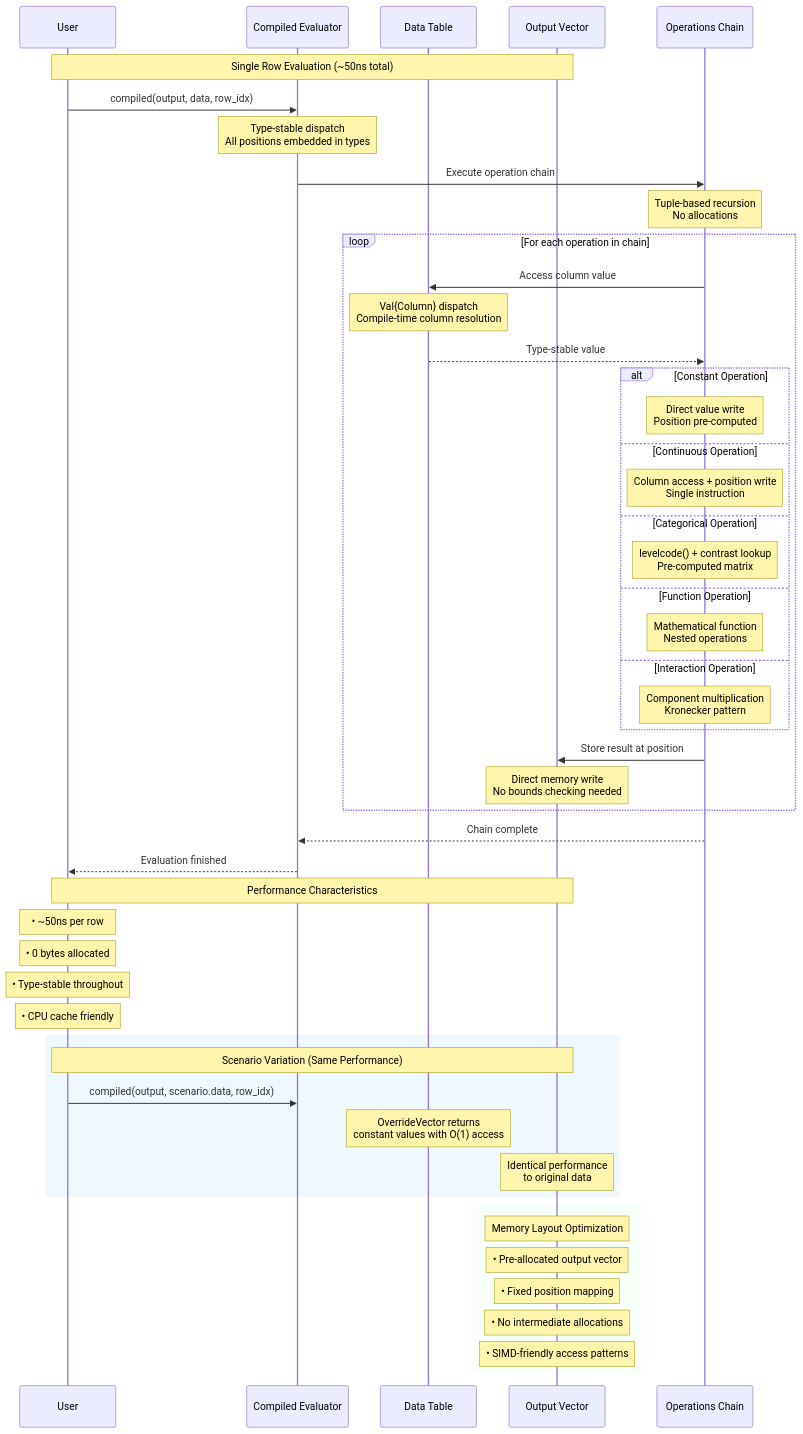
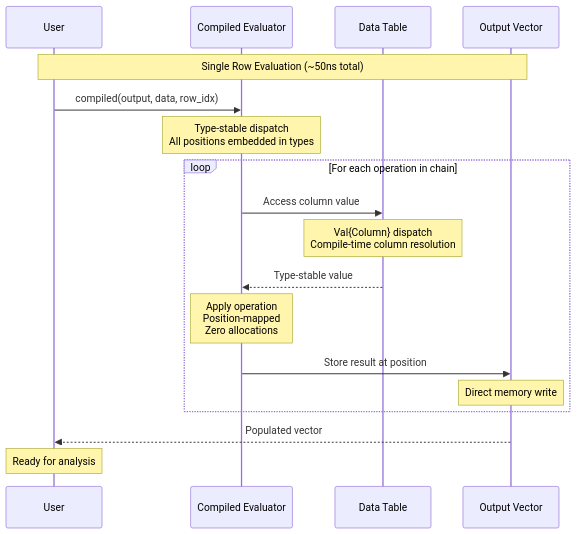
One commit to emfeltham/FormulaCompiler.jl changed the diagram in docs/diagrams/runtime_execution.mmd. Above: the diagram before and after it, drawn with Mermaid. The commit also changed 5 other files, not shown here.

Commit message:
diagrams

````diff
--- a/docs/diagrams/runtime_execution.mmd
+++ b/docs/diagrams/runtime_execution.mmd
@@ -1,63 +1,23 @@
-```mermaid
 sequenceDiagram
     participant User
     participant Compiled as Compiled Evaluator
     participant Data as Data Table
     participant Output as Output Vector
-    participant Ops as Operations Chain
     
     Note over User,Output: Single Row Evaluation (~50ns total)
     
     User->>Compiled: compiled(output, data, row_idx)
-    Note over Compiled: Type-stable dispatch<br/>All positions embedded in types
-    
-    Compiled->>Ops: Execute operation chain
-    Note over Ops: Tuple-based recursion<br/>No allocations
+    Note over Compiled: Type-stable dispatch<br>All positions embedded in types
     
     loop For each operation in chain
-        Ops->>Data: Access column value
-        Note over Data: Val{Column} dispatch<br/>Compile-time column resolution
-        Data-->>Ops: Type-stable value
+        Compiled->>Data: Access column value
+        Note over Data: Val{Column} dispatch<br>Compile-time column resolution
+        Data-->>Compiled: Type-stable value
         
-        alt Constant Operation
-            Note over Ops: Direct value write<br/>Position pre-computed
-        else Continuous Operation  
-            Note over Ops: Column access + position write<br/>Single instruction
-        else Categorical Operation
-            Note over Ops: levelcode() + contrast lookup<br/>Pre-computed matrix
-        else Function Operation
-            Note over Ops: Mathematical function<br/>Nested operations
-        else Interaction Operation
-            Note over Ops: Component multiplication<br/>Kronecker pattern
-        end
-        
-        Ops->>Output: Store result at position
-        Note over Output: Direct memory write<br/>No bounds checking needed
+        Note over Compiled: Apply operation<br>Position-mapped<br>Zero allocations
+        Compiled->>Output: Store result at position
+        Note over Output: Direct memory write
     end
     
-    Ops-->>Compiled: Chain complete
-    Compiled-->>User: Evaluation finished
-    
-    Note over User,Output: Performance Characteristics
-    Note over User: • ~50ns per row
-    Note over User: • 0 bytes allocated  
-    Note over User: • Type-stable throughout
-    Note over User: • CPU cache friendly
-    
-    %% Scenario variation
-    rect rgb(240, 248, 255)
-        Note over User,Output: Scenario Variation (Same Performance)
-        User->>Compiled: compiled(output, scenario.data, row_idx)
-        Note over Data: OverrideVector returns<br/>constant values with O(1) access
-        Note over Output: Identical performance<br/>to original data
-    end
-    
-    %% Memory layout annotation
-    rect rgb(248, 255, 248)
-        Note over Output: Memory Layout Optimization
-        Note over Output: • Pre-allocated output vector
-        Note over Output: • Fixed position mapping
-        Note over Output: • No intermediate allocations
-        Note over Output: • SIMD-friendly access patterns
-    end
-```
+    Output-->>User: Populated vector
+    Note over User: Ready for analysis
````
